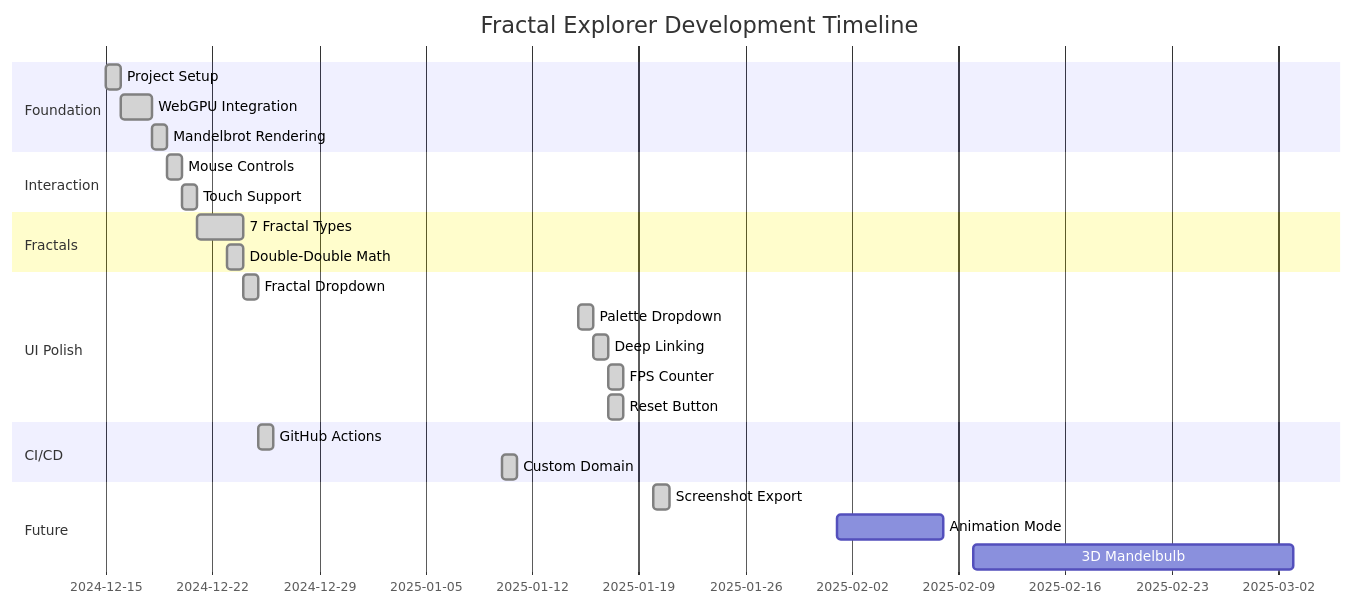
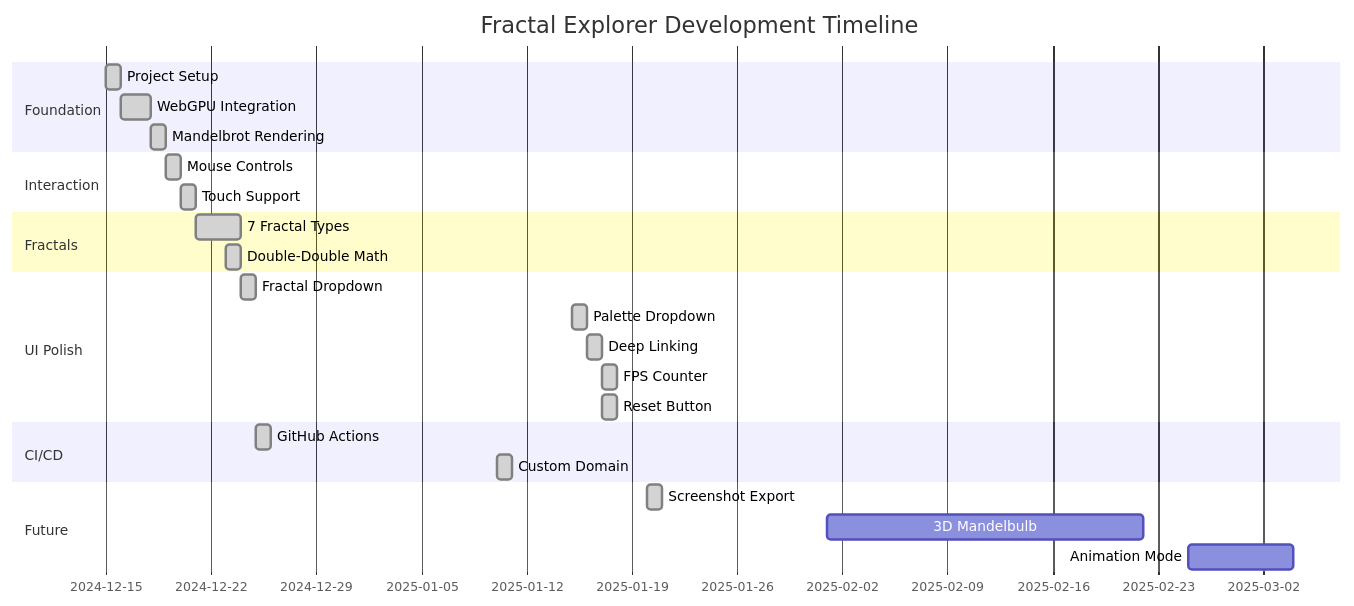
Before and after one commit to panoramicdata/PanoramicData.Fractals: the fourth of 4 diagrams in MASTER_PLAN.md, drawn with Mermaid. The commit also changed other lines of this file and 7 other files, not shown here.

````diff
--- a/MASTER_PLAN.md
+++ b/MASTER_PLAN.md
@@ -531,33 +538,33 @@
 ```mermaid
 gantt
     title Fractal Explorer Development Timeline
     dateFormat YYYY-MM-DD
     section Foundation
     Project Setup           :done, 2024-12-15, 1d
     WebGPU Integration     :done, 2024-12-16, 2d
     Mandelbrot Rendering   :done, 2024-12-18, 1d
     
     section Interaction
     Mouse Controls         :done, 2024-12-19, 1d
     Touch Support          :done, 2024-12-20, 1d
     
     section Fractals
     7 Fractal Types        :done, 2024-12-21, 3d
     Double-Double Math     :done, 2024-12-23, 1d
     
     section UI Polish
     Fractal Dropdown       :done, 2024-12-24, 1d
     Palette Dropdown       :done, 2025-01-15, 1d
     Deep Linking           :done, 2025-01-16, 1d
     FPS Counter            :done, 2025-01-17, 1d
     Reset Button           :done, 2025-01-17, 1d
     
     section CI/CD
     GitHub Actions         :done, 2024-12-25, 1d
     Custom Domain          :done, 2025-01-10, 1d
     
     section Future
     Screenshot Export      :done, 2025-01-20, 1d
-    Animation Mode         :2025-02-01, 7d
-    3D Mandelbulb          :2025-02-10, 21d
+    3D Mandelbulb          :2025-02-01, 21d
+    Animation Mode         :2025-02-25, 7d
 ```
````
